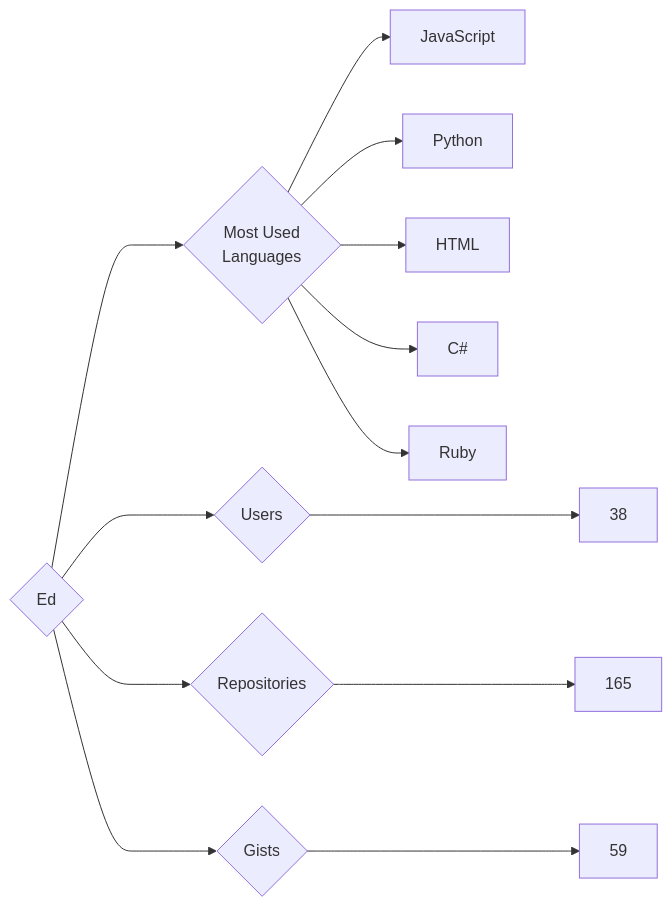
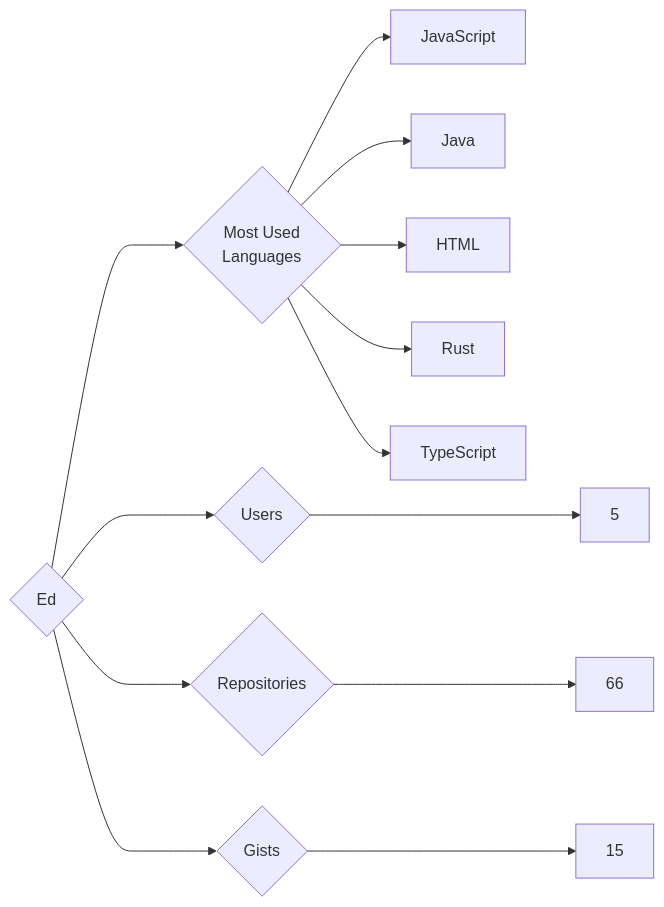
One commit to trickest/insiders changed the diagram in targets/Ed/README.md. Above: the diagram before and after it, drawn with Mermaid. The commit also changed 682 other files, not shown here.

````diff
--- a/targets/Ed/README.md
+++ b/targets/Ed/README.md
@@ -3,13 +3,13 @@
 ```mermaid
 graph LR
 COMPANY_NAME{Ed}
-COMPANY_NAME ---> U{Users} ---> UN[38]
-COMPANY_NAME ---> R{Repositories} ---> RN[165]
-COMPANY_NAME ---> G{Gists} ---> GN[59]
+COMPANY_NAME ---> U{Users} ---> UN[5]
+COMPANY_NAME ---> R{Repositories} ---> RN[66]
+COMPANY_NAME ---> G{Gists} ---> GN[15]
 COMPANY_NAME ---> ML{Most Used<br>Languages}
 ML --> JavaScript[JavaScript]
-ML --> Python[Python]
+ML --> Java[Java]
 ML --> HTML[HTML]
-ML --> C#[C#]
-ML --> Ruby[Ruby]
+ML --> Rust[Rust]
+ML --> TypeScript[TypeScript]
 ```
````
